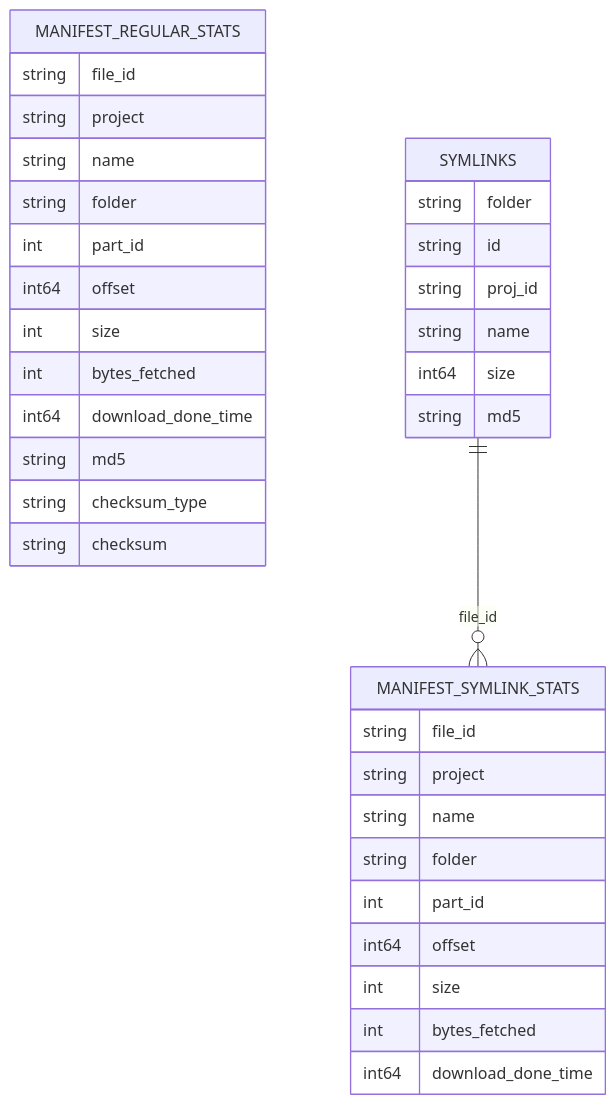
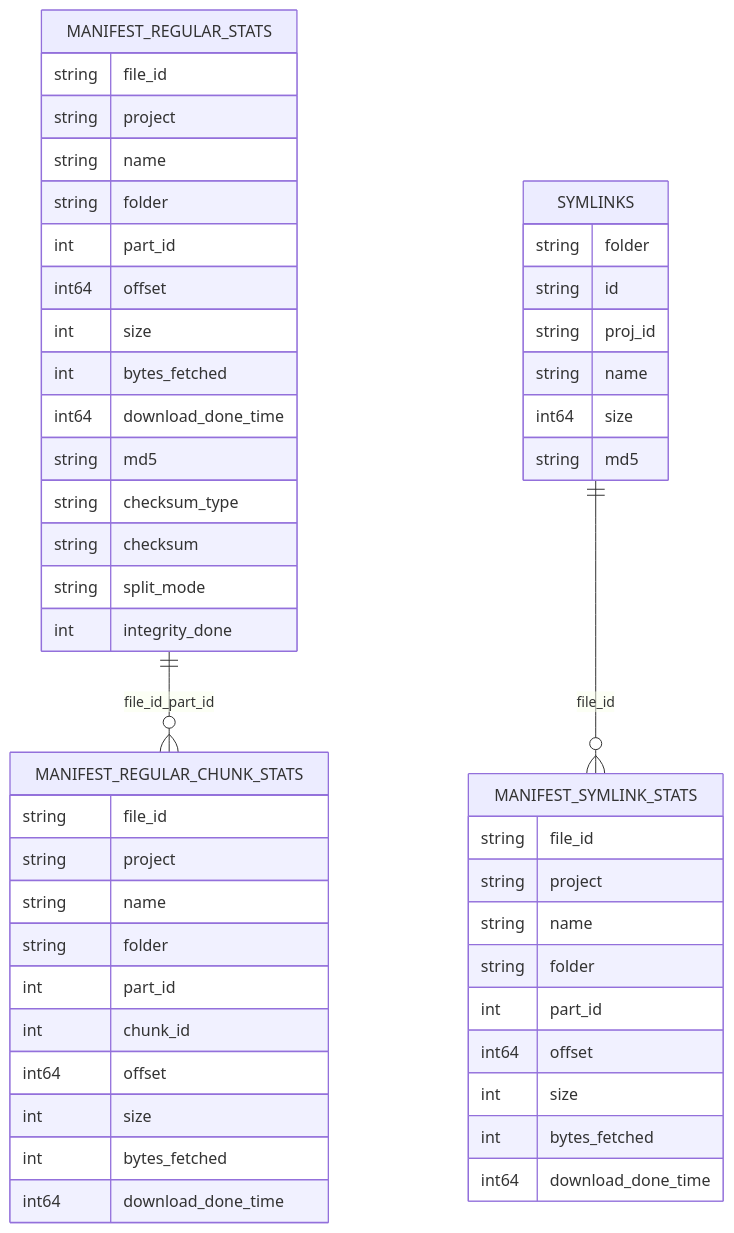
Before and after one commit to dnanexus/dxda: the second of 4 diagrams in doc/DXDA_DOWNLOAD_FLOW.md, drawn with Mermaid. The commit also changed other lines of this file, not shown here.

````diff
--- a/doc/DXDA_DOWNLOAD_FLOW.md
+++ b/doc/DXDA_DOWNLOAD_FLOW.md
@@ -149,40 +167,56 @@
 ```mermaid
 erDiagram
     MANIFEST_REGULAR_STATS {
         string file_id
         string project
         string name
         string folder
         int part_id
         int64 offset
         int size
         int bytes_fetched
         int64 download_done_time
         string md5
         string checksum_type
         string checksum
+        string split_mode
+        int integrity_done
+    }
+
+    MANIFEST_REGULAR_CHUNK_STATS {
+        string file_id
+        string project
+        string name
+        string folder
+        int part_id
+        int chunk_id
+        int64 offset
+        int size
+        int bytes_fetched
+        int64 download_done_time
     }
 
     MANIFEST_SYMLINK_STATS {
         string file_id
         string project
         string name
         string folder
         int part_id
         int64 offset
         int size
         int bytes_fetched
         int64 download_done_time
     }
 
     SYMLINKS {
         string folder
         string id
         string proj_id
         string name
         int64 size
         string md5
     }
 
+    MANIFEST_REGULAR_STATS ||--o{ MANIFEST_REGULAR_CHUNK_STATS : file_id_part_id
     SYMLINKS ||--o{ MANIFEST_SYMLINK_STATS : file_id
 ```
````
